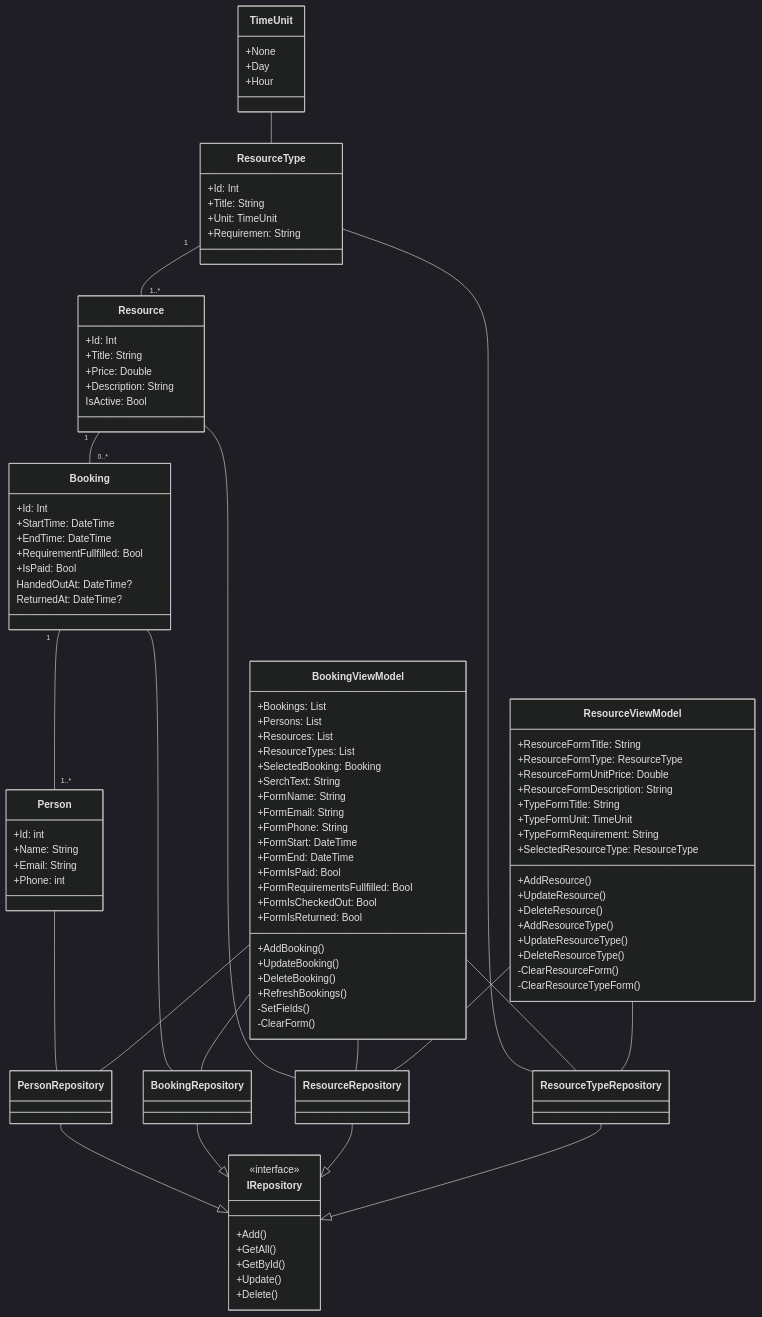
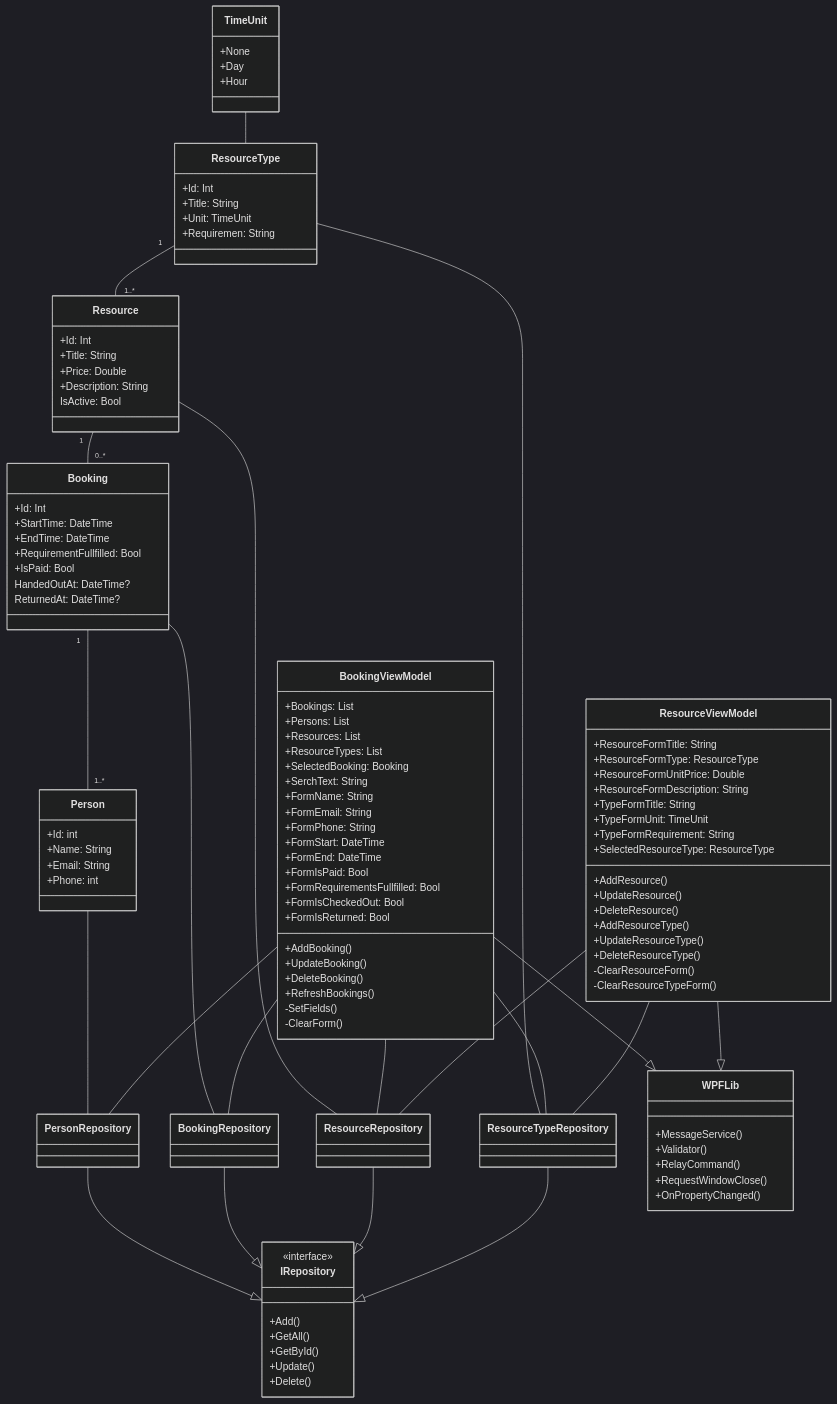
Before and after one commit to CecilieSM/Snekken: the diagram in DCD-Snekken.mmd, drawn with Mermaid (dark theme).

Commit message:
Add WPFLib class with methods for messaging and validation
Added WPFLib class with various methods.

```diff
--- a/DCD-Snekken.mmd
+++ b/DCD-Snekken.mmd
@@ -1,125 +1,135 @@
 classDiagram
     TimeUnit -- ResourceType
     ResourceType "1" -- "1..*" Resource
     Resource "1" -- "0..*" Booking
     Booking "1" -- "1..*" Person
 
     Person -- PersonRepository
     Booking -- BookingRepository
     ResourceType -- ResourceTypeRepository
     Resource -- ResourceRepository
 
     BookingViewModel -- PersonRepository
     BookingViewModel -- BookingRepository
     BookingViewModel -- ResourceRepository
     BookingViewModel -- ResourceTypeRepository
+    BookingViewModel --|> WPFLib
 
     ResourceViewModel -- ResourceRepository
     ResourceViewModel -- ResourceTypeRepository
+    ResourceViewModel --|> WPFLib
 
     PersonRepository --|> IRepository
     BookingRepository --|> IRepository
     ResourceRepository --|> IRepository
     ResourceTypeRepository --|> IRepository
     
     class TimeUnit{
       +None
       +Day
       +Hour
     }
     class ResourceType{
       +Id: Int
       +Title: String
       +Unit: TimeUnit
       +Requiremen: String
     }
     class Resource{
       +Id: Int
       +Title: String
       +Price: Double
       +Description: String
       IsActive: Bool
     }
     class Booking{
       +Id: Int
       +StartTime: DateTime
       +EndTime: DateTime
       +RequirementFullfilled: Bool
       +IsPaid: Bool
       HandedOutAt: DateTime?
       ReturnedAt: DateTime?
     }
     class Person{
       +Id: int
       +Name: String
       +Email: String
       +Phone: int
     }
 
 class IRepository
 <<interface>> IRepository
 IRepository: +Add()
 IRepository: +GetAll()
 IRepository: +GetById()
 IRepository: +Update()
 IRepository: +Delete()
 
 class PersonRepository{
 
 }
 
 class BookingRepository{
 
 }
 
 class ResourceRepository{
 
 }
 
 class ResourceTypeRepository{
 
 }
 
 
 class BookingViewModel{
     +Bookings: List
     +Persons: List
     +Resources: List
     +ResourceTypes: List
     +SelectedBooking: Booking
     +SerchText: String
     +FormName: String
     +FormEmail: String
     +FormPhone: String
     +FormStart: DateTime
     +FormEnd: DateTime
     +FormIsPaid: Bool
     +FormRequirementsFullfilled: Bool
     +FormIsCheckedOut: Bool
     +FormIsReturned: Bool
     +AddBooking()
     +UpdateBooking()
     +DeleteBooking()
     +RefreshBookings()
     -SetFields()
     -ClearForm()
 }
 
 class ResourceViewModel{
     +ResourceFormTitle: String
     +ResourceFormType: ResourceType
     +ResourceFormUnitPrice: Double
     +ResourceFormDescription: String
     +TypeFormTitle: String
     +TypeFormUnit: TimeUnit
     +TypeFormRequirement: String
     +SelectedResourceType: ResourceType
     +AddResource()
     +UpdateResource()
     +DeleteResource()
     +AddResourceType()
     +UpdateResourceType()
     +DeleteResourceType()
     -ClearResourceForm()
     -ClearResourceTypeForm()
 }
+
+class WPFLib{
+    +MessageService()
+    +Validator()
+    +RelayCommand()
+    +RequestWindowClose()
+    +OnPropertyChanged()
+}
```
